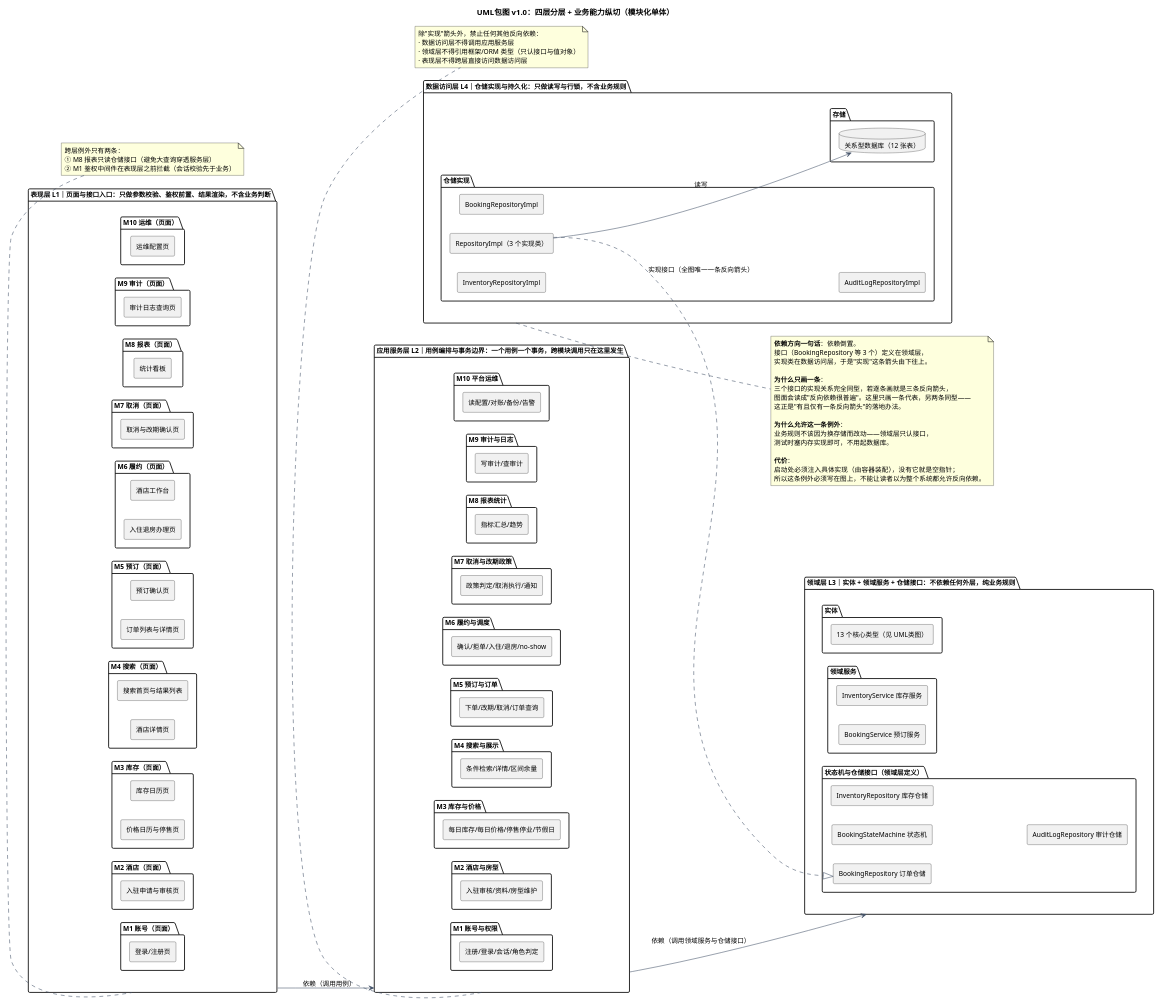
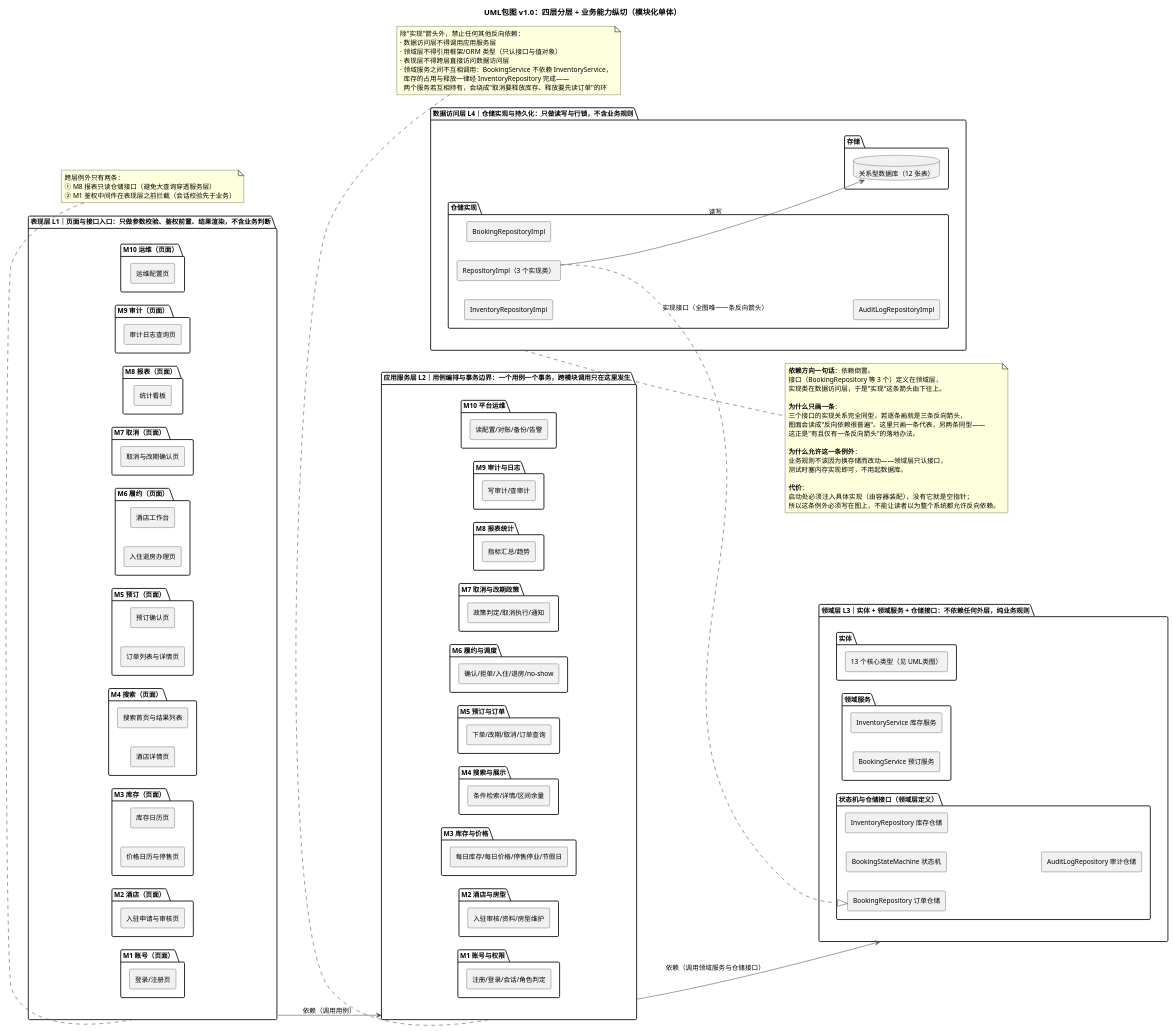
Before and after one commit to ChenYiFanAccount/softeng-lab1-requirements: the diagram in exp2/UML/UML包图.puml, drawn with PlantUML. The commit also changed 2 other files, not shown here.

Commit message:
[人工] S2 类图：房型→库存、房型→价格两条组合多重度 0..* 改为 1..*
与 03 §3 对齐：房型建立时系统即按 90 天滚动窗口生成逐日库存行与价格行，不存在『有房型却一天都没有』的合法状态；若允许缺失，下单会读到空库存、算价会无价可用。包图 note 补『领域服务不互调』，解释类图里为什么没有 BookingService→InventoryService 这条箭头。

```diff
--- a/exp2/UML/UML包图.puml
+++ b/exp2/UML/UML包图.puml
@@ -1,155 +1,158 @@
 @startuml
 ' 版本：v1.0（2026-11-12，S2 结构图）
 ' 口径来源：exp2/设计基线/02_模块划分与交互.md §1（四层 + 10 模块）、§3 交互矩阵（S/A/T/R）
 '
 ' 排版约束一（实测有效）：所有 package 块一律多行书写、每行只放一个子元素。
 ' 写成 package "x" { [a] as A } 这种同行闭合形式，与多行块混排时 PlantUML 1.2026.9 会解析失败。
 ' 排版约束二：模块按 M10→M1 顺序声明。本图用 left to right direction 分层，
 ' 同层兄弟包是自下而上排的，反过来声明图上的编号才是自上而下 M1→M10，读图不跳号。
 title UML包图 v1.0：四层分层 + 业务能力纵切（模块化单体）
 
 skinparam shadowing false
 skinparam defaultFontSize 12
 skinparam packageTitleFontSize 13
 skinparam componentStyle rectangle
 skinparam ArrowColor #44546A
 left to right direction
 
 package "表现层 L1｜页面与接口入口：只做参数校验、鉴权前置、结果渲染，不含业务判断" as L1 {
   package "M10 运维（页面）" as P10 {
     [运维配置页] as V10
   }
   package "M9 审计（页面）" as P9 {
     [审计日志查询页] as V9
   }
   package "M8 报表（页面）" as P8 {
     [统计看板] as V8
   }
   package "M7 取消（页面）" as P7 {
     [取消与改期确认页] as V7
   }
   package "M6 履约（页面）" as P6 {
     [酒店工作台] as V6
     [入住退房办理页] as V6b
   }
   package "M5 预订（页面）" as P5 {
     [预订确认页] as V5
     [订单列表与详情页] as V5b
   }
   package "M4 搜索（页面）" as P4 {
     [搜索首页与结果列表] as V4
     [酒店详情页] as V4b
   }
   package "M3 库存（页面）" as P3 {
     [库存日历页] as V3
     [价格日历与停售页] as V3b
   }
   package "M2 酒店（页面）" as P2 {
     [入驻申请与审核页] as V2
   }
   package "M1 账号（页面）" as P1 {
     [登录/注册页] as V1
   }
 }
 
 package "应用服务层 L2｜用例编排与事务边界：一个用例一个事务，跨模块调用只在这里发生" as L2 {
   package "M10 平台运维" as A10 {
     [读配置/对账/备份/告警] as A10i
   }
   package "M9 审计与日志" as A9 {
     [写审计/查审计] as A9i
   }
   package "M8 报表统计" as A8 {
     [指标汇总/趋势] as A8i
   }
   package "M7 取消与改期政策" as A7 {
     [政策判定/取消执行/通知] as A7i
   }
   package "M6 履约与调度" as A6 {
     [确认/拒单/入住/退房/no-show] as A6i
   }
   package "M5 预订与订单" as A5 {
     [下单/改期/取消/订单查询] as A5i
   }
   package "M4 搜索与展示" as A4 {
     [条件检索/详情/区间余量] as A4i
   }
   package "M3 库存与价格" as A3 {
     [每日库存/每日价格/停售停业/节假日] as A3i
   }
   package "M2 酒店与房型" as A2 {
     [入驻审核/资料/房型维护] as A2i
   }
   package "M1 账号与权限" as A1 {
     [注册/登录/会话/角色判定] as A1i
   }
 }
 
 package "领域层 L3｜实体 + 领域服务 + 仓储接口：不依赖任何外层，纯业务规则" as L3 {
   package "实体" as DS1 {
     [13 个核心类型（见 UML类图）] as E1
   }
   package "领域服务" as DS2 {
     [InventoryService 库存服务] as D2
     [BookingService 预订服务] as D1
   }
   package "状态机与仓储接口（领域层定义）" as DS3 {
     [BookingStateMachine 状态机] as D3
     [BookingRepository 订单仓储] as R1
     [InventoryRepository 库存仓储] as R2
     [AuditLogRepository 审计仓储] as R3
   }
 }
 
 package "数据访问层 L4｜仓储实现与持久化：只做读写与行锁，不含业务规则" as L4 {
   package "仓储实现" as IM {
     [RepositoryImpl（3 个实现类）] as IMPL
     [InventoryRepositoryImpl] as I2
     [BookingRepositoryImpl] as I1
     [AuditLogRepositoryImpl] as I3
   }
   package "存储" as ST {
     database "关系型数据库（12 张表）" as DB
   }
 }
 
 ' ---------- 依赖方向 ----------
 L1 --> L2 : 依赖（调用用例）
 L2 --> L3 : 依赖（调用领域服务与仓储接口）
 IMPL --> DB : 读写
 
 ' ---------- 唯一一条反向箭头：依赖倒置（实现方向向上） ----------
 IMPL ..|> R1 : 实现接口（全图唯一一条反向箭头）
 
 note right of L4
   **依赖方向一句话**：依赖倒置。
   接口（BookingRepository 等 3 个）定义在领域层，
   实现类在数据访问层，于是"实现"这条箭头由下往上。
 
   **为什么只画一条**：
   三个接口的实现关系完全同型，若逐条画就是三条反向箭头，
   图面会读成"反向依赖很普遍"。这里只画一条代表，另两条同型——
   这正是"有且仅有一条反向箭头"的落地办法。
 
   **为什么允许这一条例外**：
   业务规则不该因为换存储而改动——领域层只认接口，
   测试时塞内存实现即可，不用起数据库。
 
   **代价**：
   启动处必须注入具体实现（由容器装配），没有它就是空指针；
   所以这条例外必须写在图上，不能让读者以为整个系统都允许反向依赖。
 end note
 
 note bottom of L2
   除"实现"箭头外，禁止任何其他反向依赖：
   · 数据访问层不得调用应用服务层
   · 领域层不得引用框架/ORM 类型（只认接口与值对象）
   · 表现层不得跨层直接访问数据访问层
+  · 领域服务之间不互相调用：BookingService 不依赖 InventoryService，
+    库存的占用与释放一律经 InventoryRepository 完成——
+    两个服务若互相持有，会绕成"取消要释放库存、释放要先读订单"的环
 end note
 
 note top of L1
   跨层例外只有两条：
   ① M8 报表只读仓储接口（避免大查询穿透服务层）
   ② M1 鉴权中间件在表现层之前拦截（会话校验先于业务）
 end note
 @enduml
```
